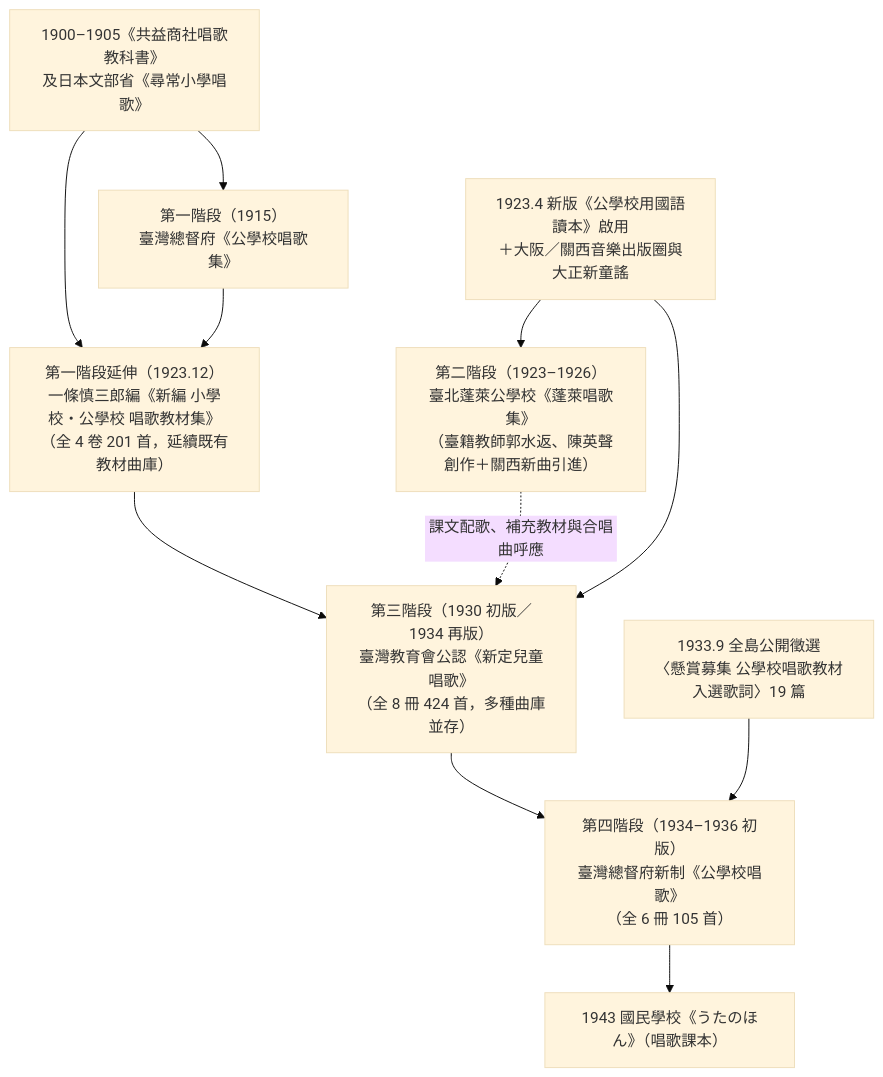
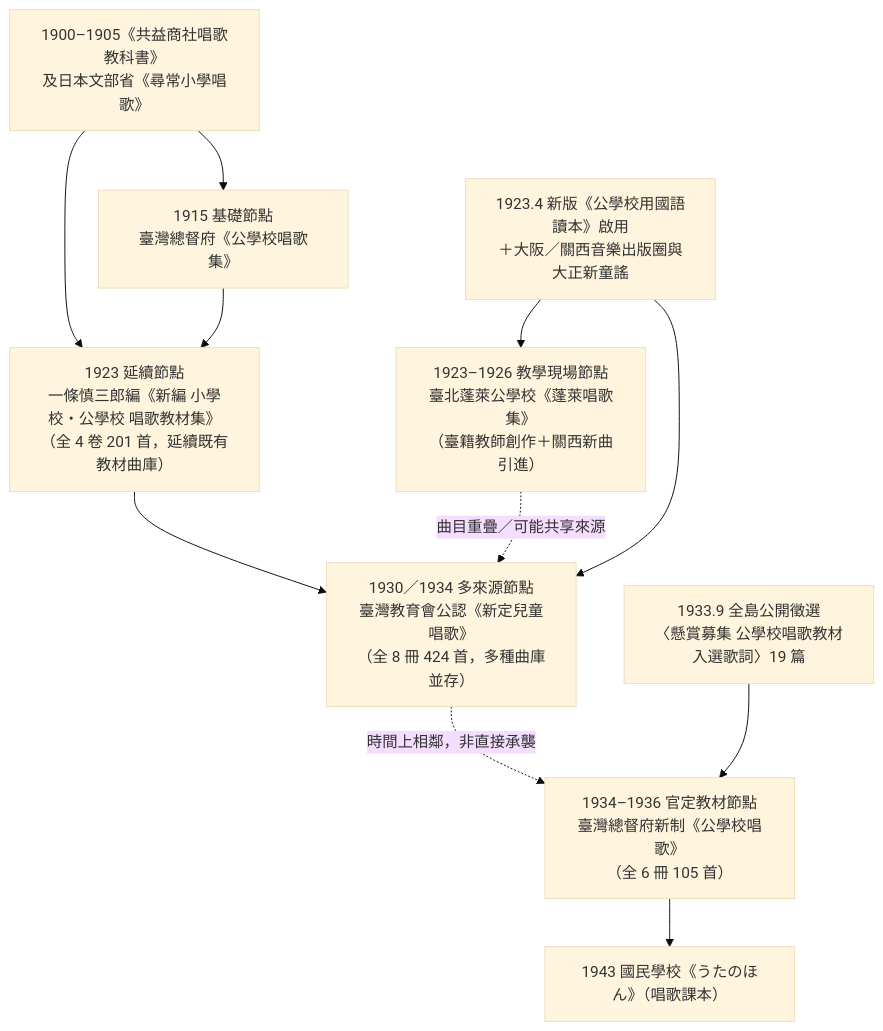
One commit to TMDLang/reshoka changed the diagram in docs/shoka_genealogy.md. Above: the diagram before and after it, drawn with Mermaid (base theme). The commit also changed other lines of this file and 3 other files, not shown here.

````diff
--- a/docs/shoka_genealogy.md
+++ b/docs/shoka_genealogy.md
@@ -15,16 +25,16 @@
 ```mermaid
 flowchart TD
-    K1902["1900–1905《共益商社唱歌教科書》<br/>及日本文部省《尋常小學唱歌》"] --> S1915["第一階段（1915）<br/>臺灣總督府《公學校唱歌集》"]
-    K1902 --> S1923["第一階段延伸（1923.12）<br/>一條慎三郎編《新編 小學校・公學校 唱歌教材集》<br/>（全 4 卷 201 首，延續既有教材曲庫）"]
+    K1902["1900–1905《共益商社唱歌教科書》<br/>及日本文部省《尋常小學唱歌》"] --> S1915["1915 基礎節點<br/>臺灣總督府《公學校唱歌集》"]
+    K1902 --> S1923["1923 延續節點<br/>一條慎三郎編《新編 小學校・公學校 唱歌教材集》<br/>（全 4 卷 201 首，延續既有教材曲庫）"]
     S1915 --> S1923
 
-    R1923["1923.4 新版《公學校用國語讀本》啟用<br/>＋大阪／關西音樂出版圈與大正新童謠"] --> H1925["第二階段（1923–1926）<br/>臺北蓬萊公學校《蓬萊唱歌集》<br/>（臺籍教師郭水返、陳英聲創作＋關西新曲引進）"]
+    R1923["1923.4 新版《公學校用國語讀本》啟用<br/>＋大阪／關西音樂出版圈與大正新童謠"] --> H1925["1923–1926 教學現場節點<br/>臺北蓬萊公學校《蓬萊唱歌集》<br/>（臺籍教師創作＋關西新曲引進）"]
 
-    S1923 --> N1930["第三階段（1930 初版／1934 再版）<br/>臺灣教育會公認《新定兒童唱歌》<br/>（全 8 冊 424 首，多種曲庫並存）"]
-    H1925 -. "課文配歌、補充教材與合唱曲呼應" .-> N1930
+    S1923 --> N1930["1930／1934 多來源節點<br/>臺灣教育會公認《新定兒童唱歌》<br/>（全 8 冊 424 首，多種曲庫並存）"]
+    H1925 -. "曲目重疊／可能共享來源" .-> N1930
     R1923 --> N1930
 
-    N1930 --> K1934["第四階段（1934–1936 初版）<br/>臺灣總督府新制《公學校唱歌》<br/>（全 6 冊 105 首）"]
+    N1930 -. "時間上相鄰，非直接承襲" .-> K1934["1934–1936 官定教材節點<br/>臺灣總督府新制《公學校唱歌》<br/>（全 6 冊 105 首）"]
     C1933["1933.9 全島公開徵選<br/>〈懸賞募集 公學校唱歌教材入選歌詞〉19 篇"] --> K1934
     K1934 --> U1943["1943 國民學校《うたのほん》（唱歌課本）"]
 ```
````
